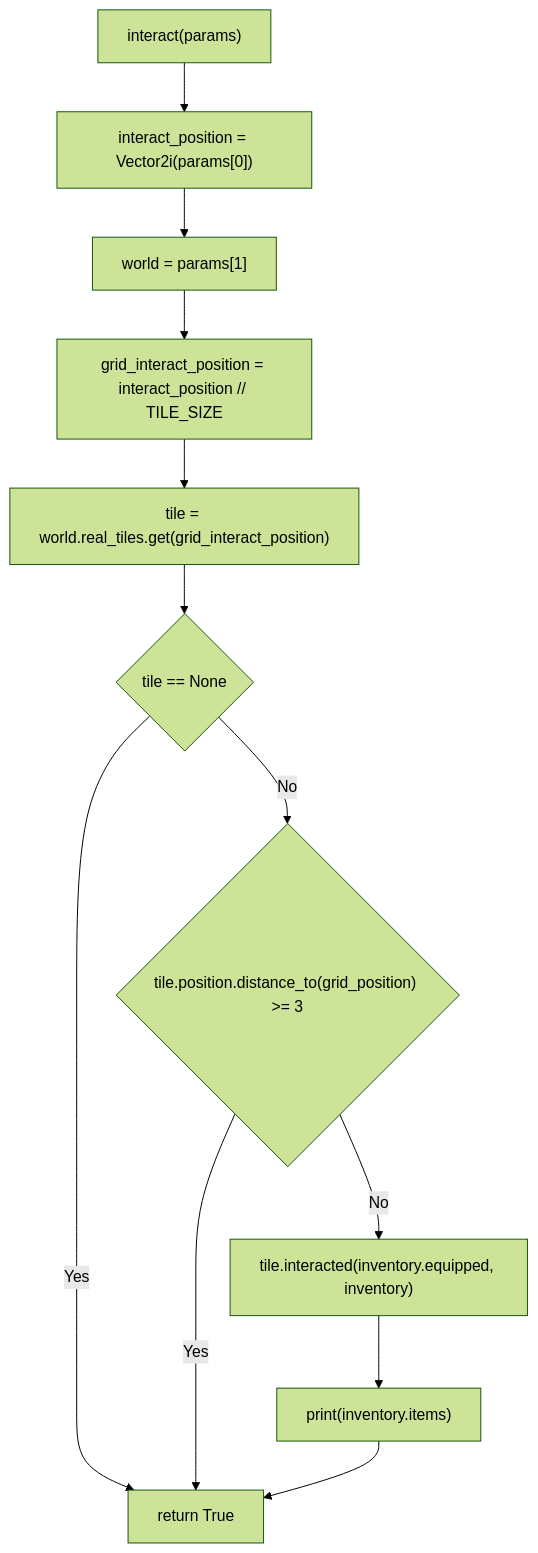
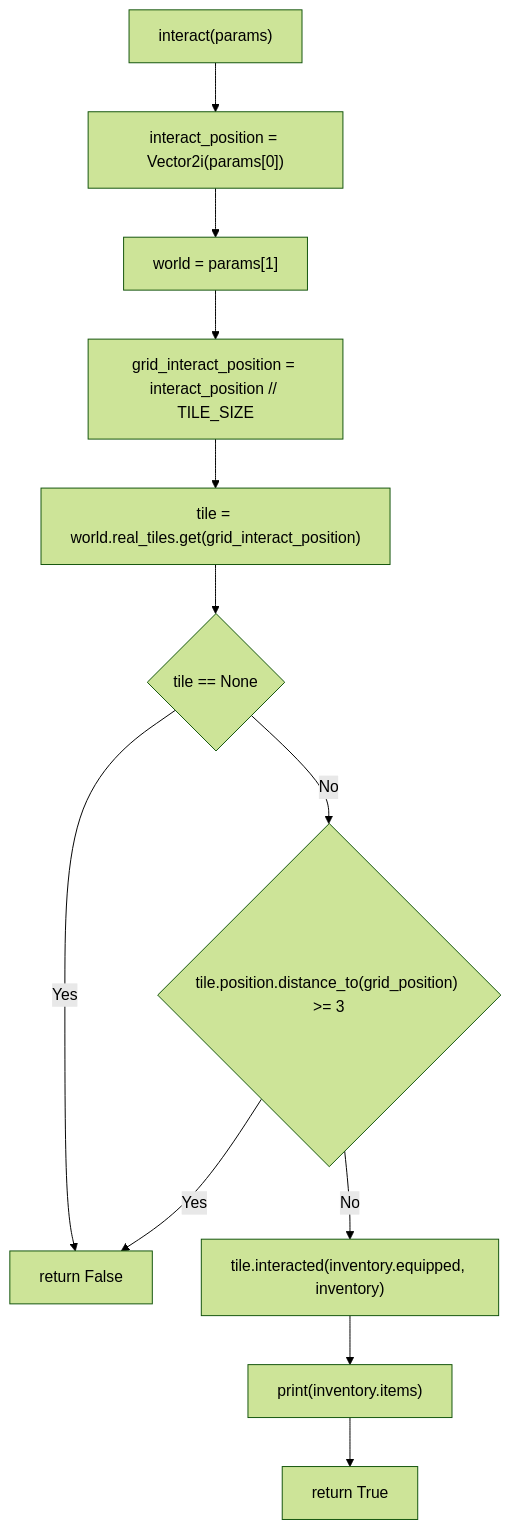
Before and after one commit to Askemanden/dasSpiel: diagram 14 of 16 in README.md, drawn with Mermaid (forest theme). The commit also changed other lines of this file, not shown here.

Commit message:
Fix duplicate values in flowchart

````diff
--- a/README.md
+++ b/README.md
@@ -629,14 +629,14 @@
 ```mermaid
 flowchart TD
     A["interact(params)"] --> B["interact_position = Vector2i(params[0])"]
     B --> C["world = params[1]"]
     C --> D["grid_interact_position = interact_position // TILE_SIZE"]
     D --> E["tile = world.real_tiles.get(grid_interact_position)"]
     E --> F{"tile == None"}
     F -- Yes --> Z["return False"]
     F -- No --> G{"tile.position.distance_to(grid_position) >= 3"}
     G -- Yes --> Z["return False"]
     G -- No --> H["tile.interacted(inventory.equipped, inventory)"]
     H --> I["print(inventory.items)"]
-    I --> Z["return True"]
+    I --> Y["return True"]
 ```
````
